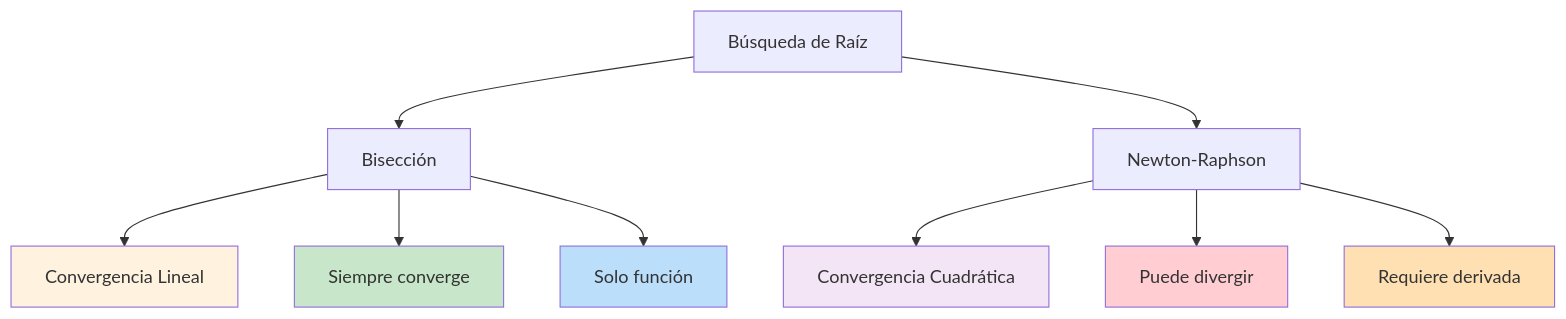
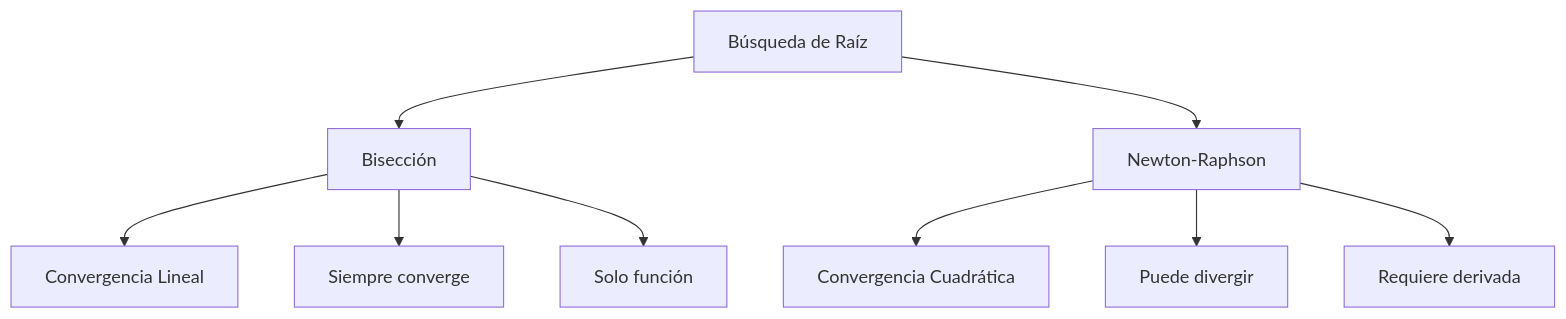
The third of 5 diagrams in README.md (agughost1234/Simulaci-n_Proyecto_Final), drawn with Mermaid before and after one commit. The commit also changed other lines of this file, not shown here.

````diff
--- a/README.md
+++ b/README.md
@@ -112,24 +108,17 @@
 ```mermaid
 graph TD
     A["Búsqueda de Raíz"]
     B["Bisección"]
     C["Newton-Raphson"]
     
     A --> B
     A --> C
     
     B --> B1["Convergencia Lineal"]
     B --> B2["Siempre converge"]
     B --> B3["Solo función"]
     
     C --> C1["Convergencia Cuadrática"]
     C --> C2["Puede divergir"]
     C --> C3["Requiere derivada"]
-    
-    style B1 fill:#fff3e0
-    style B2 fill:#c8e6c9
-    style B3 fill:#bbdefb
-    style C1 fill:#f3e5f5
-    style C2 fill:#ffcdd2
-    style C3 fill:#ffe0b2
 ```
````
